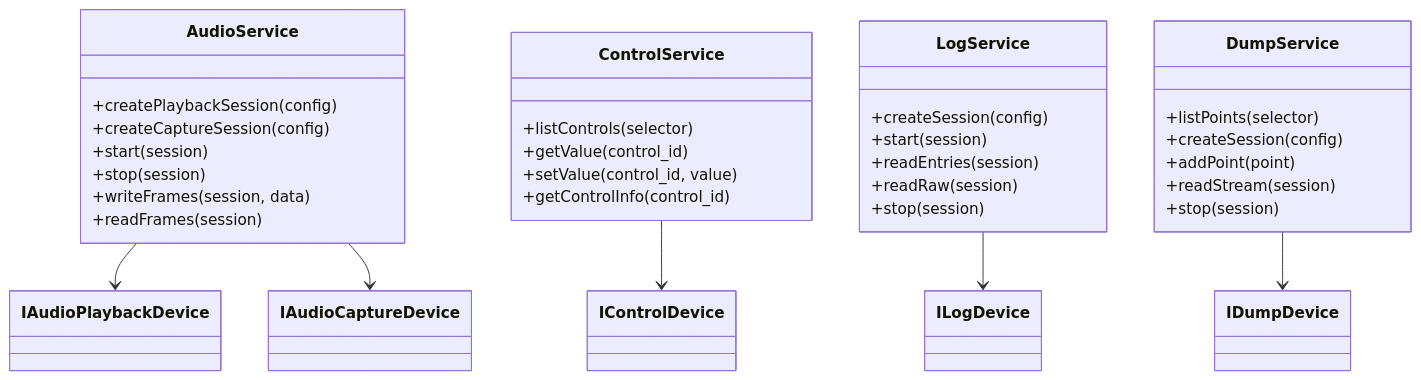
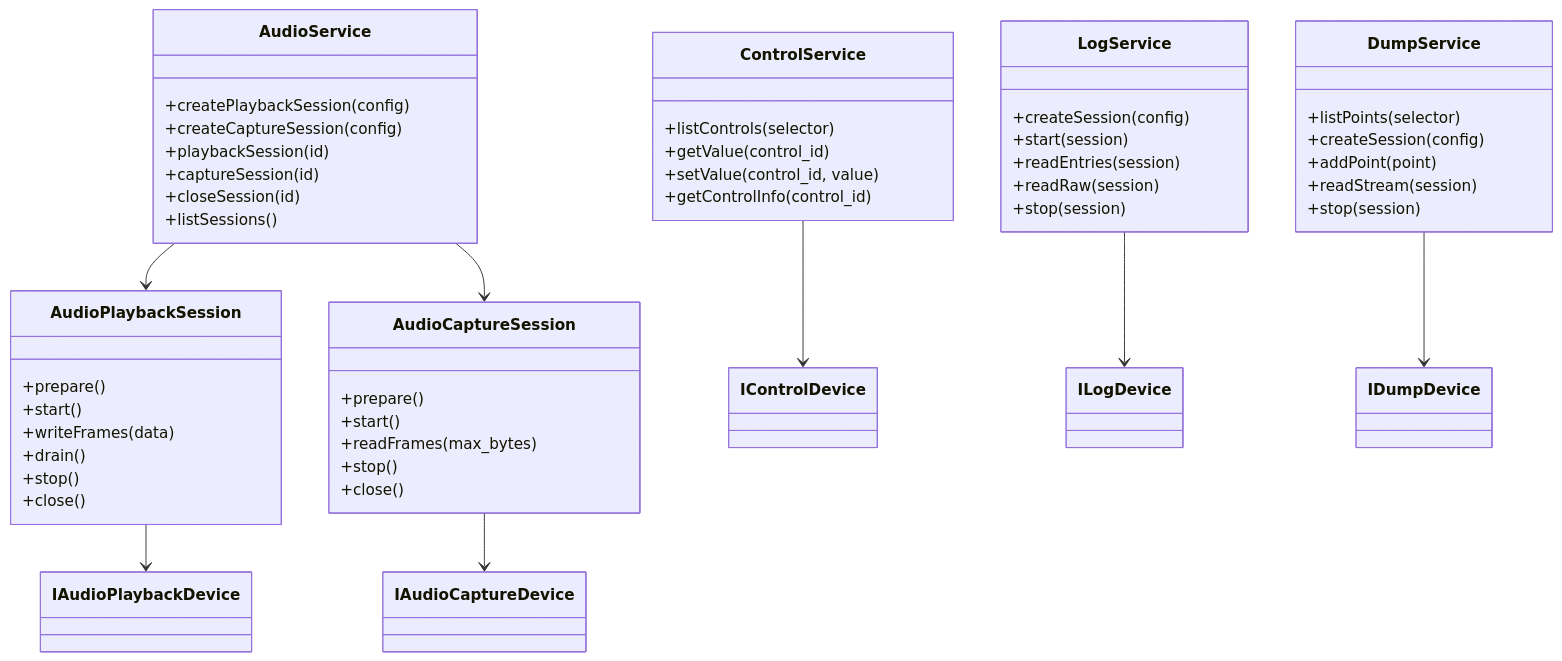
The eighth of 15 diagrams in docs/audio_studio_framework_design.md (handsomeleeshu/Audio-Studio), drawn with Mermaid before and after one commit. The commit also changed other lines of this file and 12 other files, not shown here.

Commit message:
Refactor audio sessions for concurrent RPC

````diff
--- a/docs/audio_studio_framework_design.md
+++ b/docs/audio_studio_framework_design.md
@@ -2180,46 +2180,65 @@
 ```mermaid
 classDiagram
   class AudioService {
     +createPlaybackSession(config)
     +createCaptureSession(config)
-    +start(session)
-    +stop(session)
-    +writeFrames(session, data)
-    +readFrames(session)
+    +playbackSession(id)
+    +captureSession(id)
+    +closeSession(id)
+    +listSessions()
+  }
+
+  class AudioPlaybackSession {
+    +prepare()
+    +start()
+    +writeFrames(data)
+    +drain()
+    +stop()
+    +close()
+  }
+
+  class AudioCaptureSession {
+    +prepare()
+    +start()
+    +readFrames(max_bytes)
+    +stop()
+    +close()
   }
 
   class ControlService {
     +listControls(selector)
     +getValue(control_id)
     +setValue(control_id, value)
     +getControlInfo(control_id)
   }
 
   class LogService {
     +createSession(config)
     +start(session)
     +readEntries(session)
     +readRaw(session)
     +stop(session)
   }
 
   class DumpService {
     +listPoints(selector)
     +createSession(config)
     +addPoint(point)
     +readStream(session)
     +stop(session)
   }
 
   class IAudioPlaybackDevice
   class IAudioCaptureDevice
   class IControlDevice
   class ILogDevice
   class IDumpDevice
 
-  AudioService --> IAudioPlaybackDevice
-  AudioService --> IAudioCaptureDevice
+  AudioService --> AudioPlaybackSession
+  AudioService --> AudioCaptureSession
+  AudioPlaybackSession --> IAudioPlaybackDevice
+  AudioCaptureSession --> IAudioCaptureDevice
   ControlService --> IControlDevice
   LogService --> ILogDevice
   DumpService --> IDumpDevice
 ```
````
